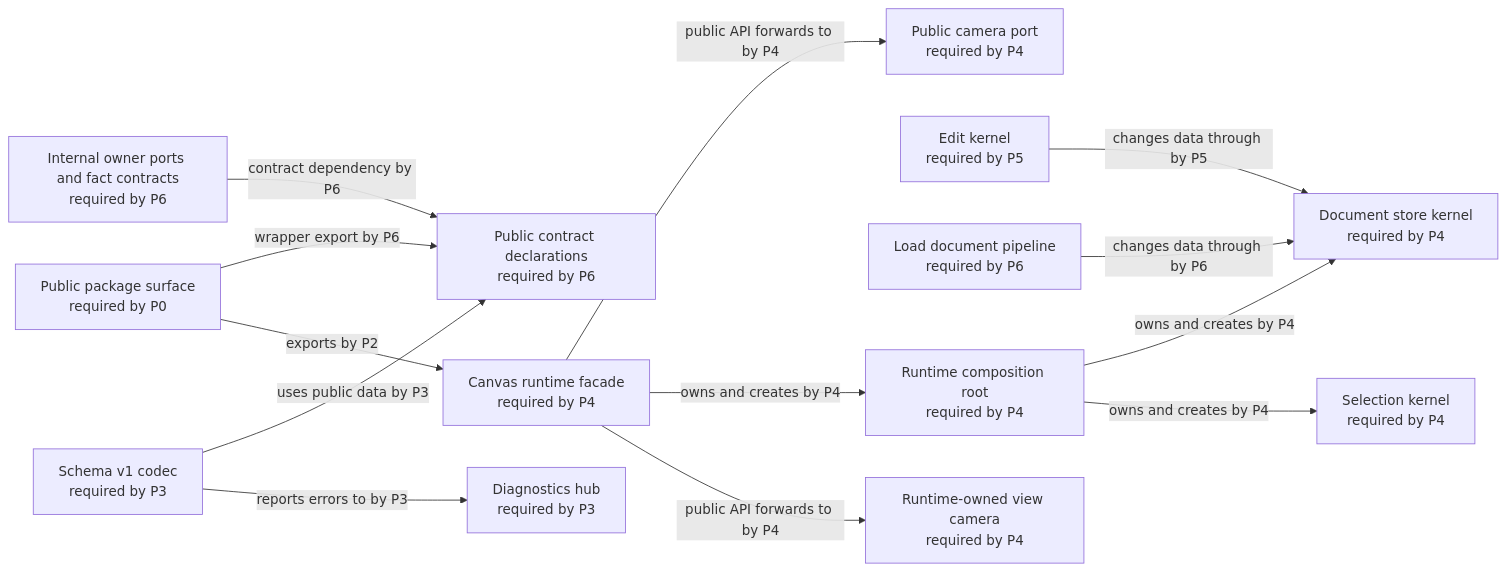
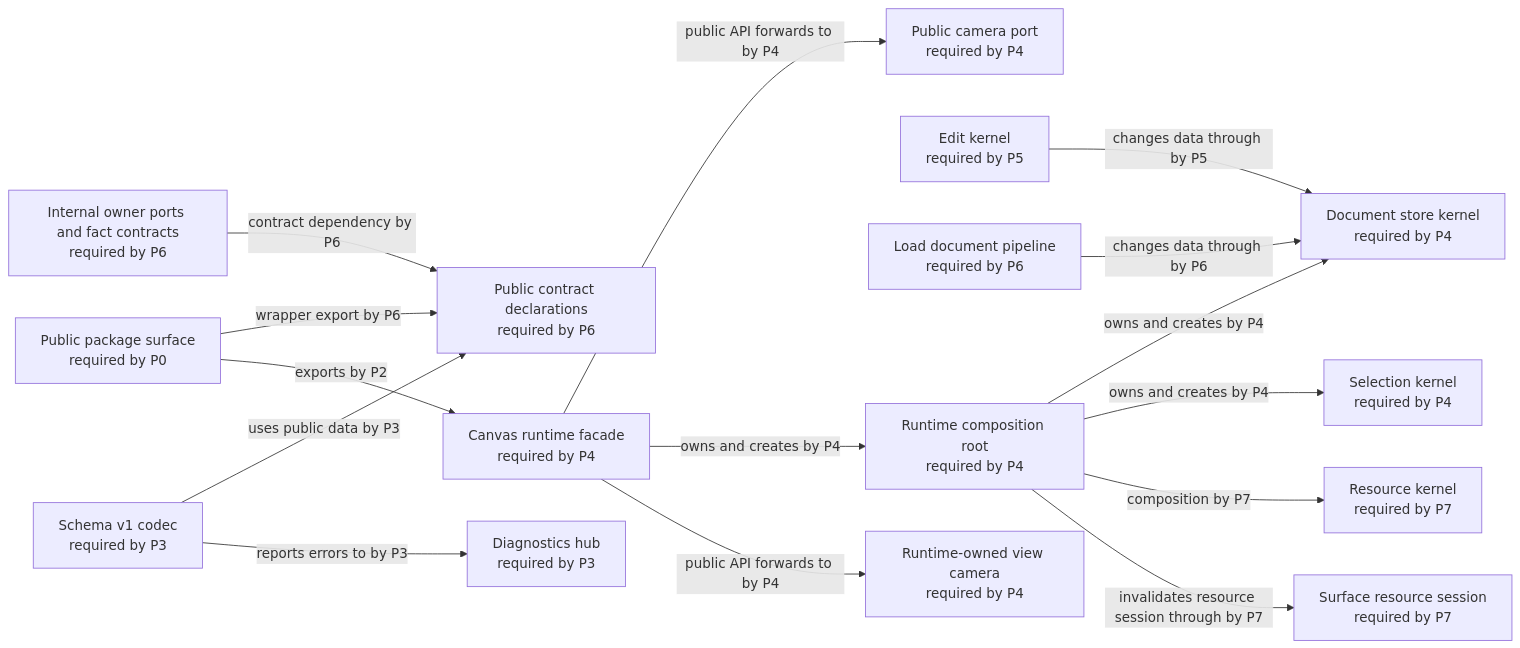
One commit to GreatPika/iwb_canvas_engine changed the diagram in docs/diagrams/generated/current_phase.mmd. Above: the diagram before and after it, drawn with Mermaid. The commit also changed 10 other files, not shown here.

First line of the commit message:
docs(architecture): select P7 generated graph views

```diff
--- a/docs/diagrams/generated/current_phase.mmd
+++ b/docs/diagrams/generated/current_phase.mmd
@@ -1,30 +1,34 @@
 %% GENERATED FILE. Do not edit by hand.
 %% Source: docs/architecture/architecture_graph.yaml
 %% View: Selected phase architecture graph
-%% Selected phase: P6
+%% Selected phase: P7
 flowchart LR
   api_camera_port["Public camera port<br/>required by P4"]
   api_canvas_runtime["Canvas runtime facade<br/>required by P4"]
   api_public_surface["Public package surface<br/>required by P0"]
   codec_schema_v1["Schema v1 codec<br/>required by P3"]
   contracts_internal_ports["Internal owner ports and fact contracts<br/>required by P6"]
   contracts_public["Public contract declarations<br/>required by P6"]
   diagnostics_hub["Diagnostics hub<br/>required by P3"]
   edit_kernel["Edit kernel<br/>required by P5"]
   load_document_pipeline["Load document pipeline<br/>required by P6"]
+  resource_kernel["Resource kernel<br/>required by P7"]
+  resource_surface_session["Surface resource session<br/>required by P7"]
   runtime_root["Runtime composition root<br/>required by P4"]
   runtime_view_camera["Runtime-owned view camera<br/>required by P4"]
   selection_kernel["Selection kernel<br/>required by P4"]
   store_document_kernel["Document store kernel<br/>required by P4"]
   api_canvas_runtime -->|public API forwards to by P4| runtime_view_camera
   api_canvas_runtime -->|owns and creates by P4| runtime_root
   api_canvas_runtime -->|public API forwards to by P4| api_camera_port
   api_public_surface -->|exports by P2| api_canvas_runtime
   api_public_surface -->|wrapper export by P6| contracts_public
   codec_schema_v1 -->|reports errors to by P3| diagnostics_hub
   codec_schema_v1 -->|uses public data by P3| contracts_public
   contracts_internal_ports -->|contract dependency by P6| contracts_public
   edit_kernel -->|changes data through by P5| store_document_kernel
   load_document_pipeline -->|changes data through by P6| store_document_kernel
+  runtime_root -->|invalidates resource session through by P7| resource_surface_session
+  runtime_root -->|composition by P7| resource_kernel
   runtime_root -->|owns and creates by P4| selection_kernel
   runtime_root -->|owns and creates by P4| store_document_kernel
```
